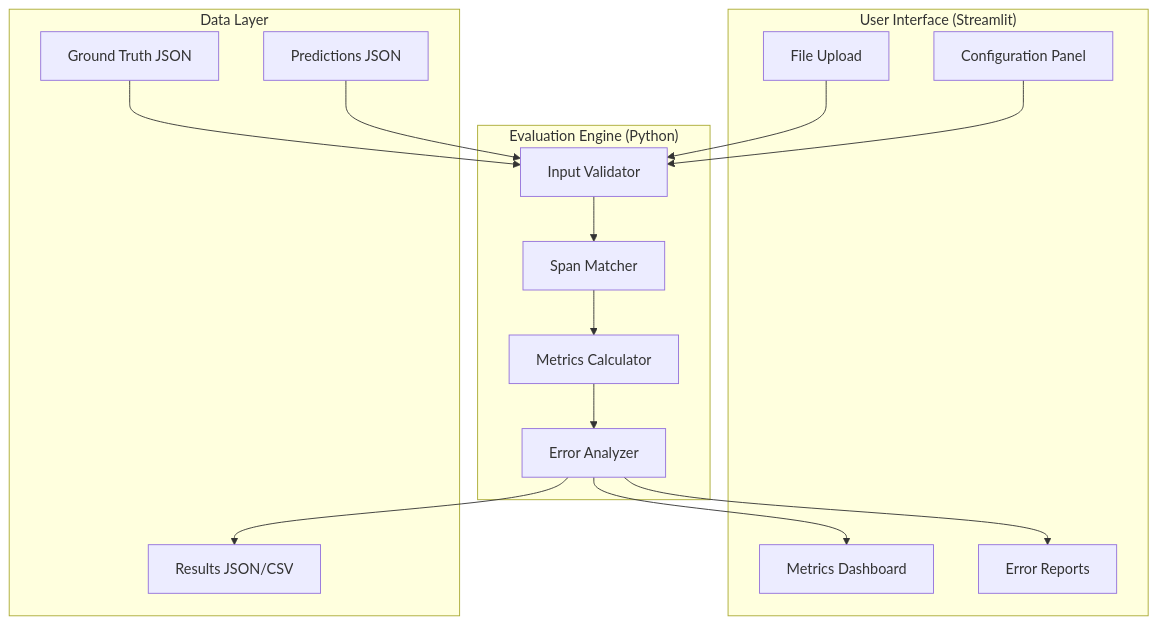
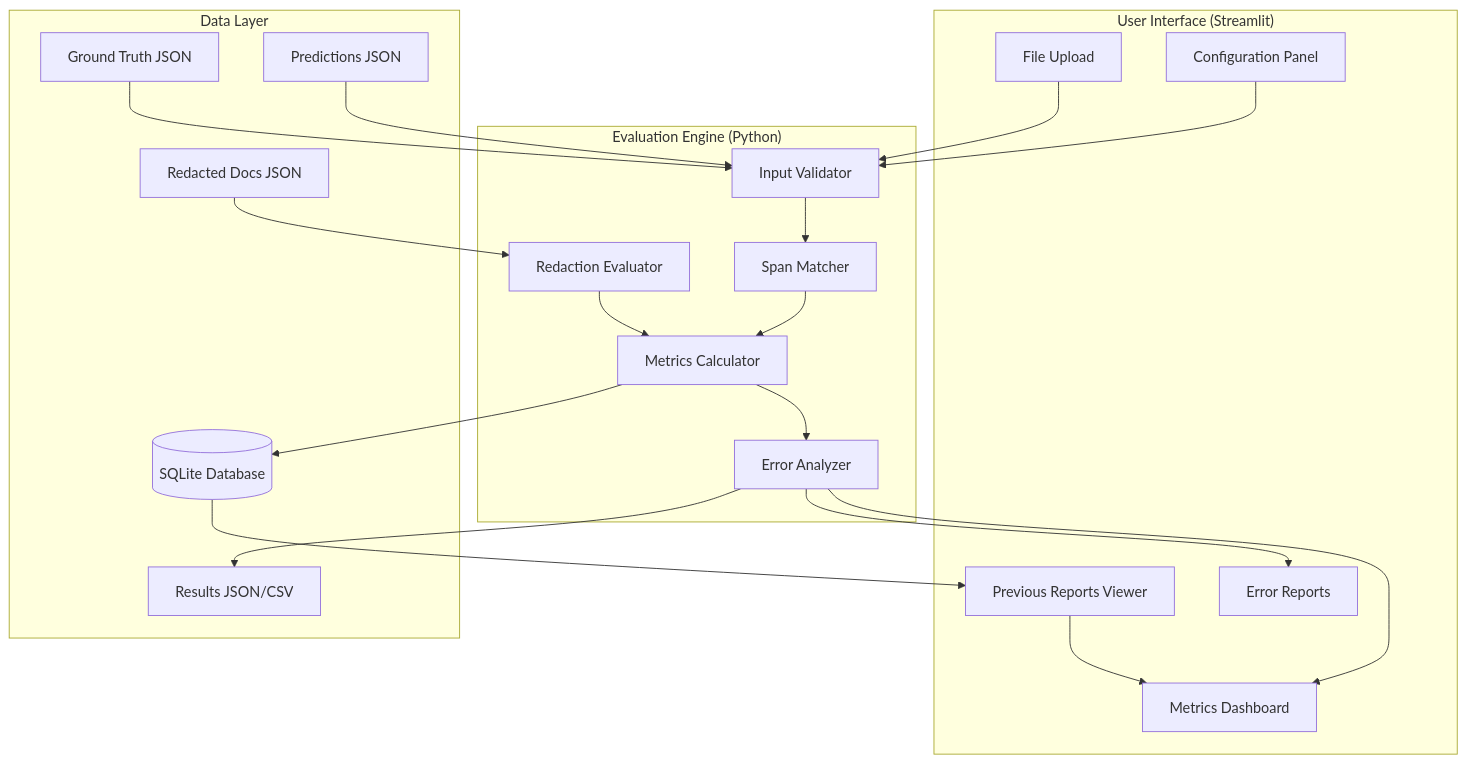
Before and after one commit to anudra/pii-benchmark-framework: the first of 6 diagrams in architecture.md, drawn with Mermaid. The commit also changed other lines of this file and 3 other files, not shown here.

````diff
--- a/architecture.md
+++ b/architecture.md
@@ -7,33 +7,42 @@
 ```mermaid
 graph TB
     subgraph "User Interface (Streamlit)"
         A[File Upload]
         B[Configuration Panel]
         C[Metrics Dashboard]
         D[Error Reports]
+        PV[Previous Reports Viewer]
     end
     
     subgraph "Evaluation Engine (Python)"
         E[Input Validator]
         F[Span Matcher]
         G[Metrics Calculator]
         H[Error Analyzer]
+        RE[Redaction Evaluator]
     end
     
     subgraph "Data Layer"
         I[Ground Truth JSON]
         J[Predictions JSON]
+        RD[Redacted Docs JSON]
         K[Results JSON/CSV]
+        DB[(SQLite Database)]
     end
     
     A --> E
     B --> E
     E --> F
     F --> G
     G --> H
     H --> C
     H --> D
     I --> E
     J --> E
+    RD --> RE
+    RE --> G
     H --> K
+    G --> DB
+    DB --> PV
+    PV --> C
 ```
````
